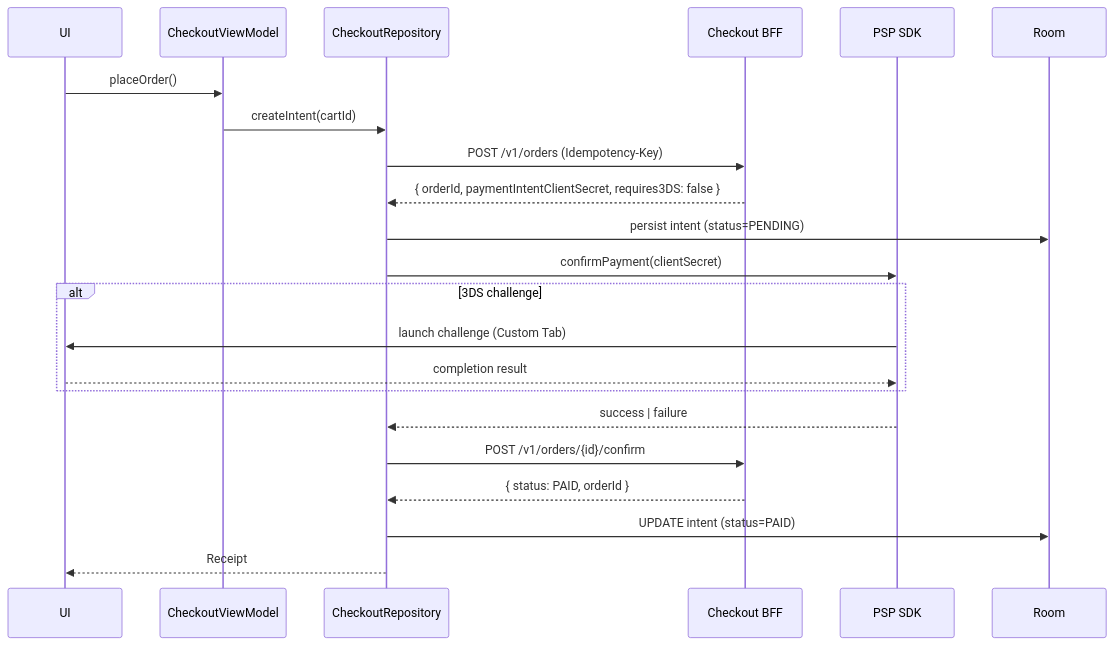
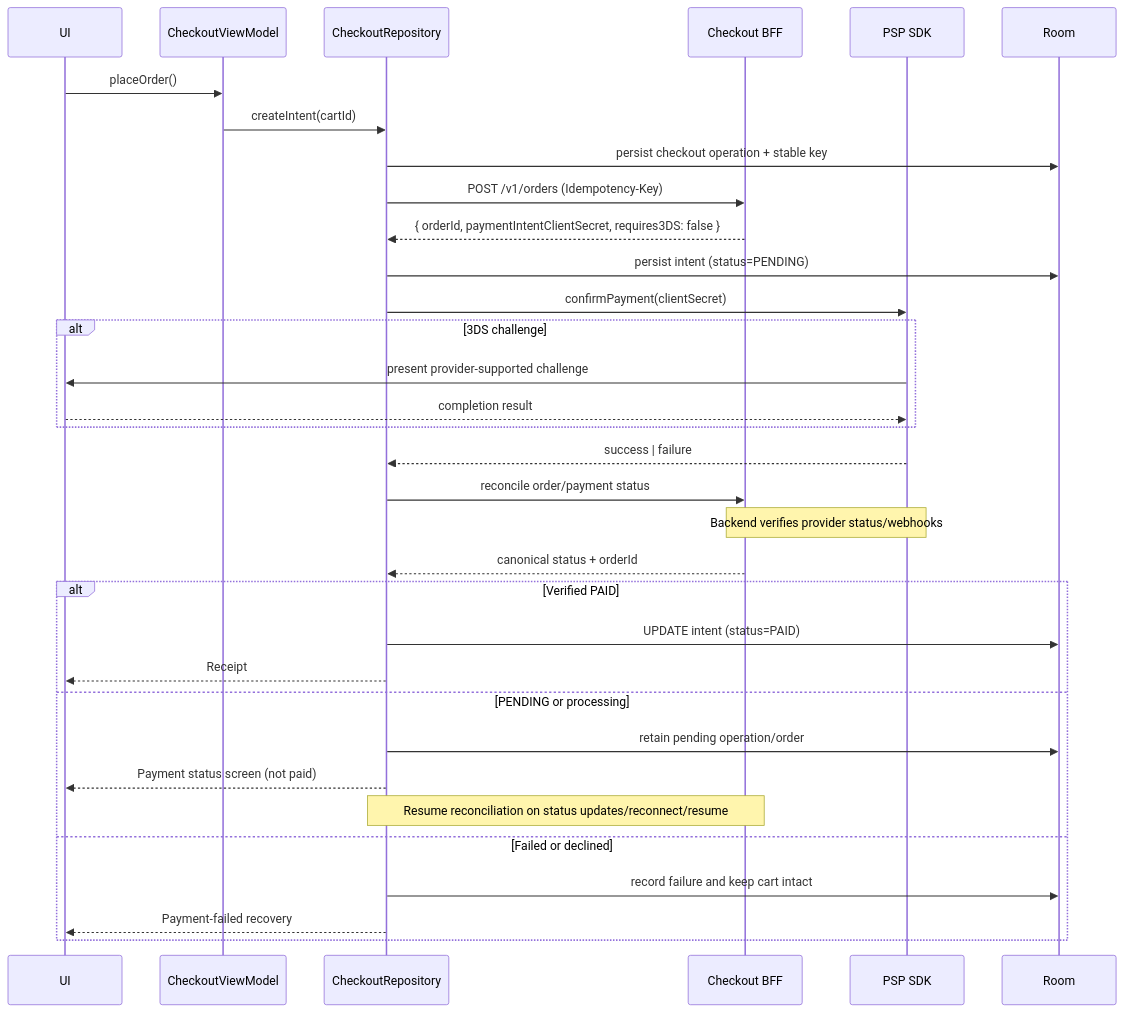
The third of 3 diagrams in reference-architectures/e-commerce-app.md (swarnsingh/android-staff-engineer-playbook-website), drawn with Mermaid before and after one commit. The commit also changed other lines of this file and 37 other files, not shown here.

Commit message:
Add the reviewed Reference Architectures chapters to the website

````diff
--- a/reference-architectures/e-commerce-app.md
+++ b/reference-architectures/e-commerce-app.md
@@ -137,25 +145,36 @@
 ```mermaid
 sequenceDiagram
     participant UI
     participant VM as CheckoutViewModel
     participant Repo as CheckoutRepository
     participant Api as Checkout BFF
     participant PSP as PSP SDK
     participant Room
 
     UI->>VM: placeOrder()
     VM->>Repo: createIntent(cartId)
+    Repo->>Room: persist checkout operation + stable key
     Repo->>Api: POST /v1/orders (Idempotency-Key)
     Api-->>Repo: { orderId, paymentIntentClientSecret, requires3DS: false }
     Repo->>Room: persist intent (status=PENDING)
     Repo->>PSP: confirmPayment(clientSecret)
     alt 3DS challenge
-        PSP->>UI: launch challenge (Custom Tab)
+        PSP->>UI: present provider-supported challenge
         UI-->>PSP: completion result
     end
     PSP-->>Repo: success | failure
-    Repo->>Api: POST /v1/orders/{id}/confirm
-    Api-->>Repo: { status: PAID, orderId }
-    Repo->>Room: UPDATE intent (status=PAID)
-    Repo-->>UI: Receipt
+    Repo->>Api: reconcile order/payment status
+    Note over Api,PSP: Backend verifies provider status/webhooks
+    Api-->>Repo: canonical status + orderId
+    alt Verified PAID
+        Repo->>Room: UPDATE intent (status=PAID)
+        Repo-->>UI: Receipt
+    else PENDING or processing
+        Repo->>Room: retain pending operation/order
+        Repo-->>UI: Payment status screen (not paid)
+        Note over Repo,Api: Resume reconciliation on status updates/reconnect/resume
+    else Failed or declined
+        Repo->>Room: record failure and keep cart intact
+        Repo-->>UI: Payment-failed recovery
+    end
 ```
````
